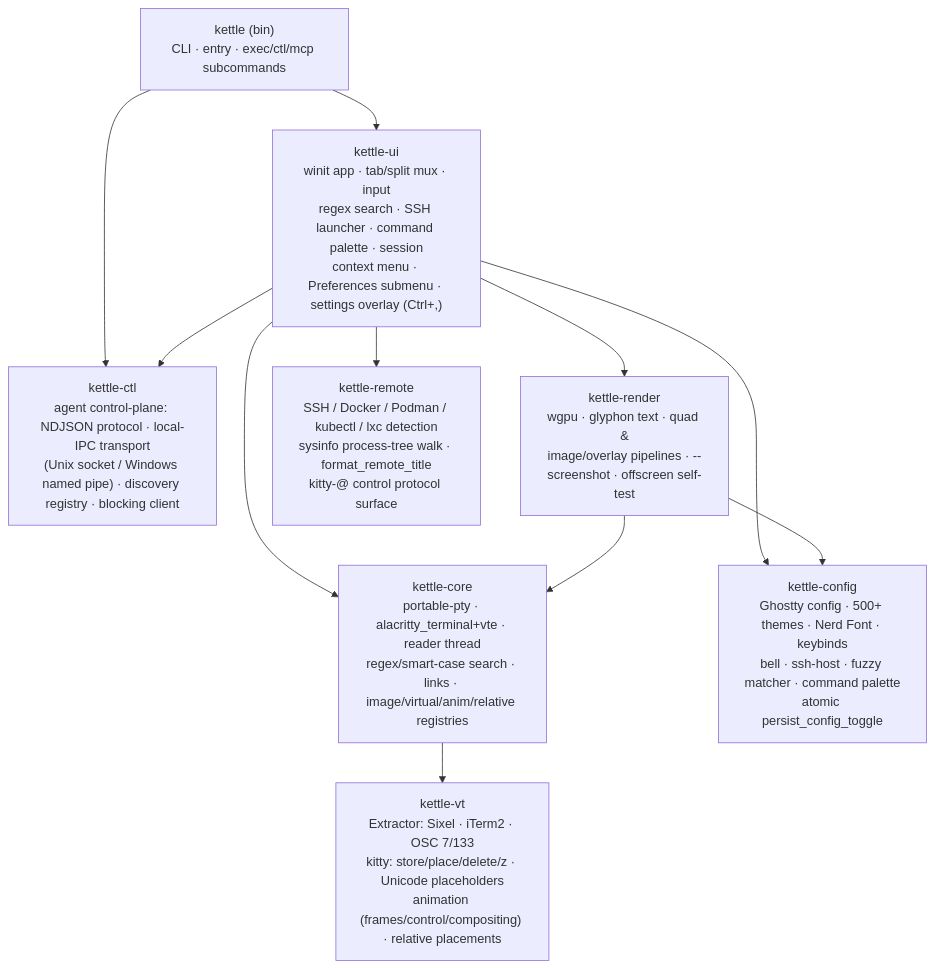
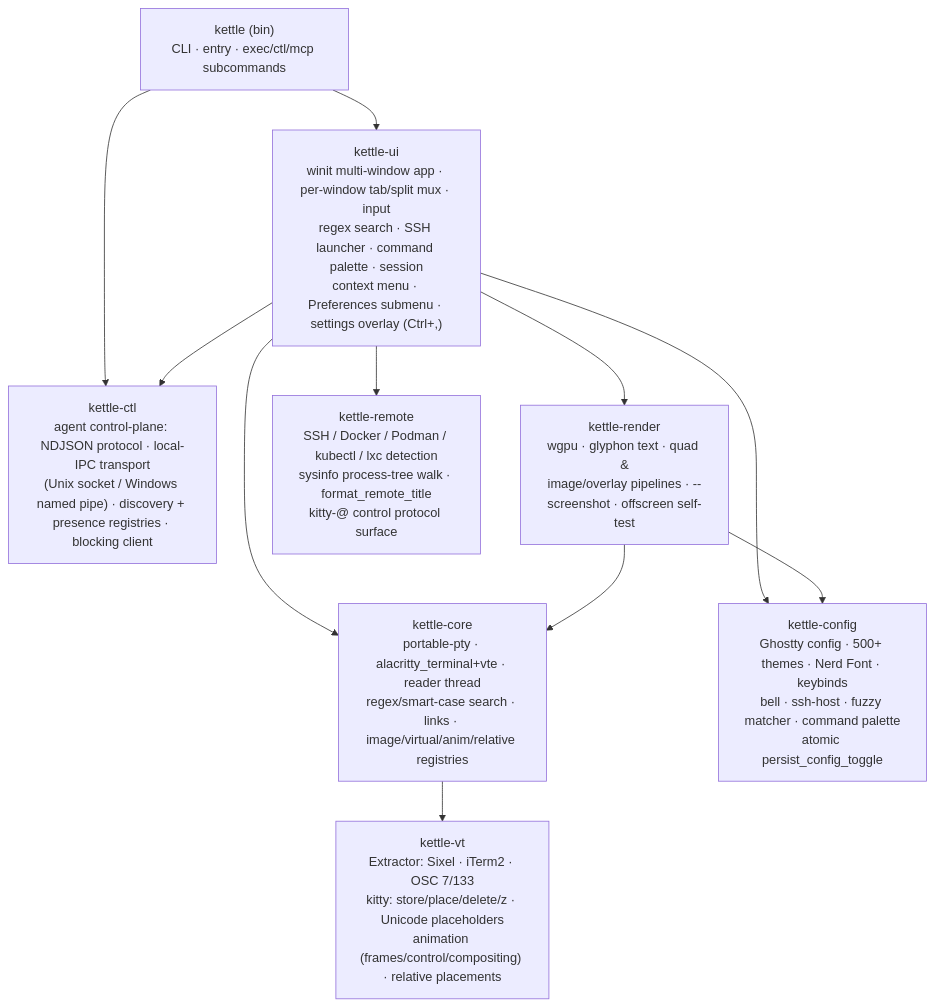
The first of 10 diagrams in docs/ARCHITECTURE.md (Reddimus/kettle), drawn with Mermaid before and after one commit. The commit also changed other lines of this file and 14 other files, not shown here.

````diff
--- a/docs/ARCHITECTURE.md
+++ b/docs/ARCHITECTURE.md
@@ -10,17 +10,17 @@
 ```mermaid
 graph TD
     bin["kettle (bin)<br/>CLI · entry · exec/ctl/mcp subcommands"] --> ui
     bin --> ctl
-    ui["kettle-ui<br/>winit app · tab/split mux · input<br/>regex search · SSH launcher · command palette · session<br/>context menu · Preferences submenu · settings overlay (Ctrl+,)"] --> render
+    ui["kettle-ui<br/>winit multi-window app · per-window tab/split mux · input<br/>regex search · SSH launcher · command palette · session<br/>context menu · Preferences submenu · settings overlay (Ctrl+,)"] --> render
     ui --> core
     ui --> cfg
     ui --> remote
     ui --> ctl
-    ctl["kettle-ctl<br/>agent control-plane: NDJSON protocol · local-IPC transport<br/>(Unix socket / Windows named pipe) · discovery registry · blocking client"]
+    ctl["kettle-ctl<br/>agent control-plane: NDJSON protocol · local-IPC transport<br/>(Unix socket / Windows named pipe) · discovery + presence registries · blocking client"]
     render["kettle-render<br/>wgpu · glyphon text · quad &<br/>image/overlay pipelines · --screenshot · offscreen self-test"] --> core
     render --> cfg
     core["kettle-core<br/>portable-pty · alacritty_terminal+vte · reader thread<br/>regex/smart-case search · links · image/virtual/anim/relative registries"] --> vt
     cfg["kettle-config<br/>Ghostty config · 500+ themes · Nerd Font · keybinds<br/>bell · ssh-host · fuzzy matcher · command palette<br/>atomic persist_config_toggle"]
     vt["kettle-vt<br/>Extractor: Sixel · iTerm2 · OSC 7/133<br/>kitty: store/place/delete/z · Unicode placeholders<br/>animation (frames/control/compositing) · relative placements"]
     remote["kettle-remote<br/>SSH / Docker / Podman / kubectl / lxc detection<br/>sysinfo process-tree walk · format_remote_title<br/>kitty-@ control protocol surface"]
 ```
````
